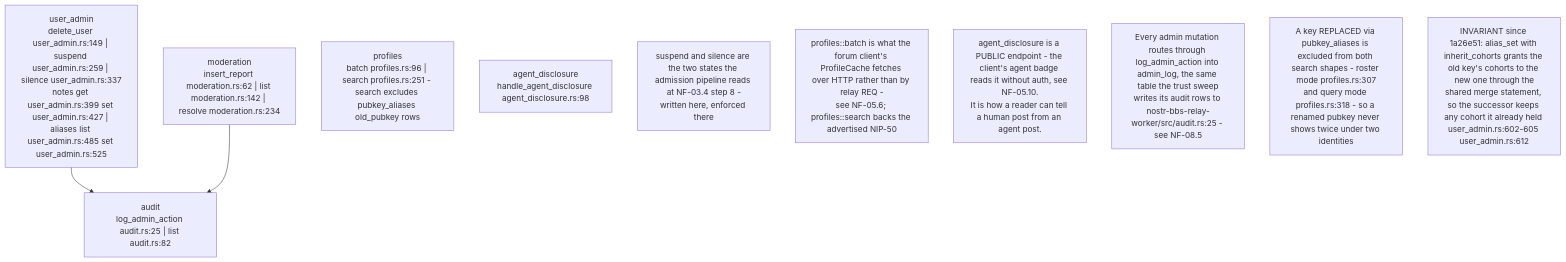
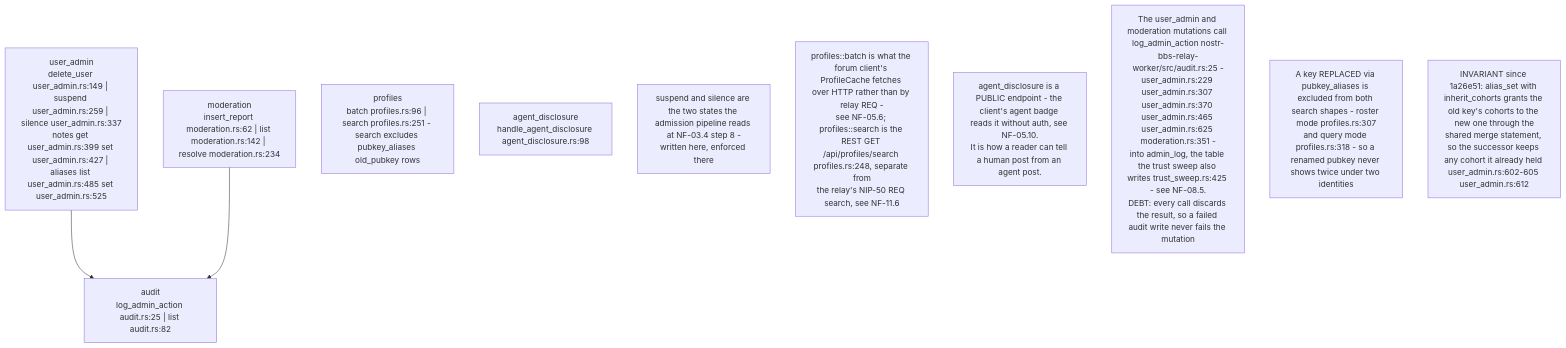
Before and after one commit to DreamLab-AI/VisionFlow: diagram 14 of 16 in docs/diagrams/nostr-rust-forum/11-relay-durable-object-internals.md, drawn with Mermaid. The commit also changed other lines of this file and 91 other files, not shown here.

First line of the commit message:
docs(audit): estate audit wave 2, every repository except agentbox and VisionClaw

````diff
--- a/docs/diagrams/nostr-rust-forum/11-relay-durable-object-internals.md
+++ b/docs/diagrams/nostr-rust-forum/11-relay-durable-object-internals.md
@@ -431,18 +441,18 @@
 ```mermaid
 flowchart TB
     UA["user_admin<br/>delete_user user_admin.rs:149 | suspend user_admin.rs:259 | silence user_admin.rs:337<br/>notes get user_admin.rs:399 set user_admin.rs:427 | aliases list user_admin.rs:485 set user_admin.rs:525"]
     MOD["moderation<br/>insert_report moderation.rs:62 | list moderation.rs:142 | resolve moderation.rs:234"]
     AUD["audit<br/>log_admin_action audit.rs:25 | list audit.rs:82"]
     PRO["profiles<br/>batch profiles.rs:96 | search profiles.rs:251 - search excludes pubkey_aliases old_pubkey rows"]
     AGD["agent_disclosure<br/>handle_agent_disclosure agent_disclosure.rs:98"]
 
     UA --> AUD
     MOD --> AUD
 
     N1["suspend and silence are the two states the admission pipeline reads at NF-03.4 step 8 -<br/>written here, enforced there"]
-    N2["profiles::batch is what the forum client's ProfileCache fetches over HTTP rather than by relay REQ -<br/>see NF-05.6; profiles::search backs the advertised NIP-50"]
+    N2["profiles::batch is what the forum client's ProfileCache fetches over HTTP rather than by relay REQ -<br/>see NF-05.6; profiles::search is the REST GET /api/profiles/search profiles.rs:248, separate from<br/>the relay's NIP-50 REQ search, see NF-11.6"]
     N3["agent_disclosure is a PUBLIC endpoint - the client's agent badge reads it without auth, see NF-05.10.<br/>It is how a reader can tell a human post from an agent post."]
-    N4["Every admin mutation routes through log_admin_action into admin_log, the same table the trust sweep<br/>writes its audit rows to nostr-bbs-relay-worker/src/audit.rs:25 - see NF-08.5"]
+    N4["The user_admin and moderation mutations call log_admin_action nostr-bbs-relay-worker/src/audit.rs:25 -<br/>user_admin.rs:229 user_admin.rs:307 user_admin.rs:370 user_admin.rs:465 user_admin.rs:625 moderation.rs:351 -<br/>into admin_log, the table the trust sweep also writes trust_sweep.rs:425 - see NF-08.5.<br/>DEBT: every call discards the result, so a failed audit write never fails the mutation"]
     N5["A key REPLACED via pubkey_aliases is excluded from both search shapes - roster mode profiles.rs:307<br/>and query mode profiles.rs:318 - so a renamed pubkey never shows twice under two identities"]
     N6["INVARIANT since 1a26e51: alias_set with inherit_cohorts grants the old key's cohorts to the new one through the<br/>shared merge statement, so the successor keeps any cohort it already held user_admin.rs:602-605 user_admin.rs:612"]
 ```
````
